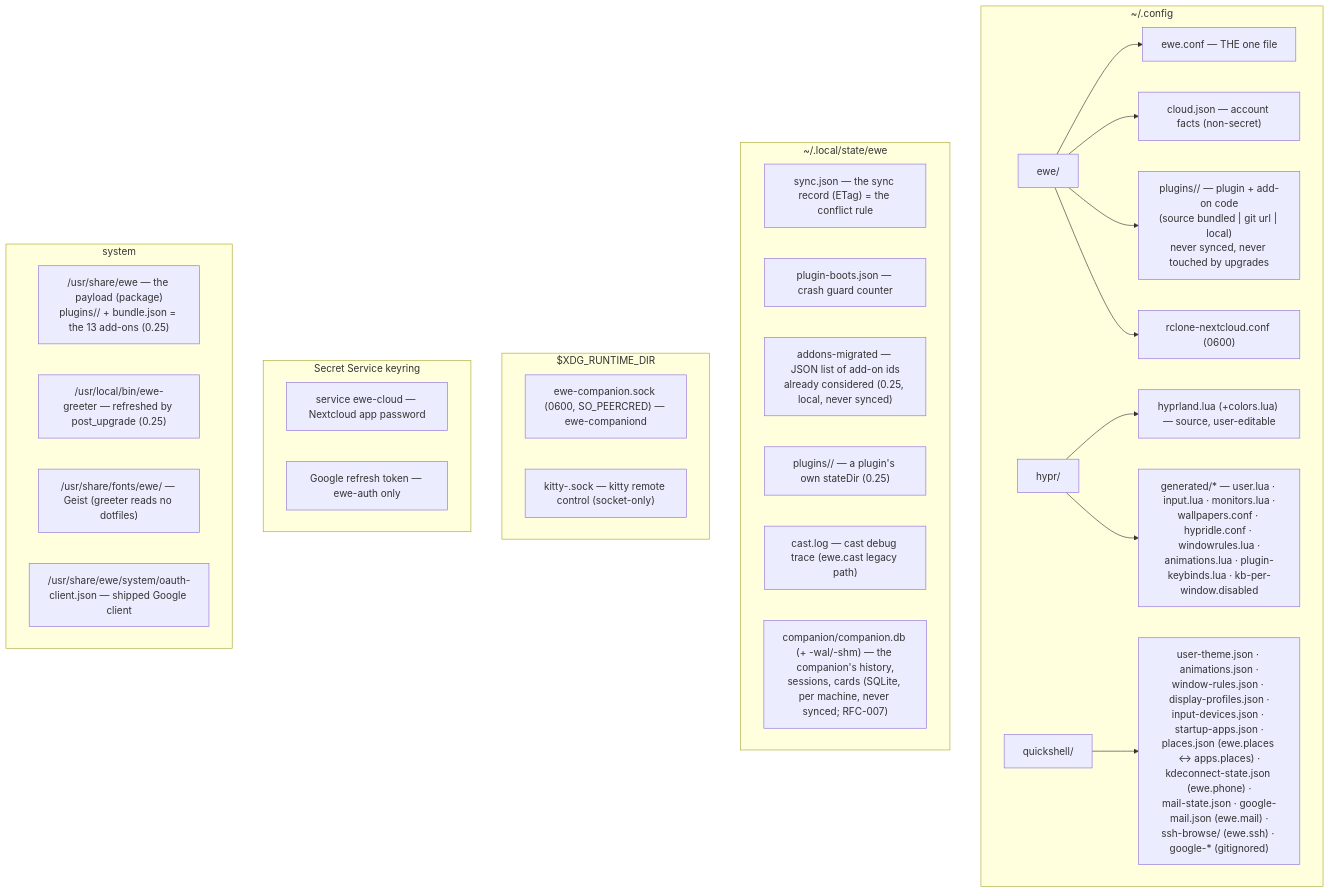
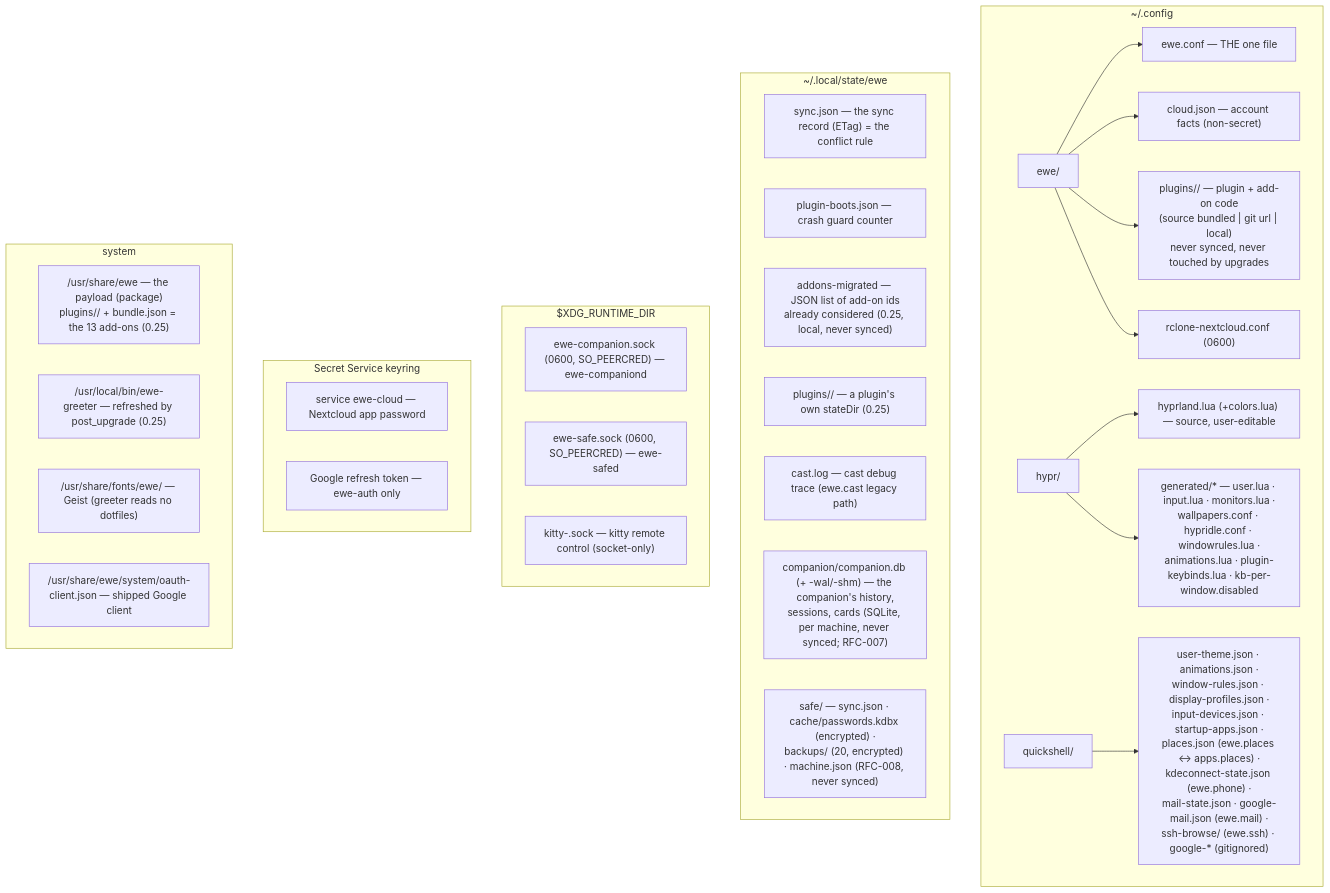
The diagram in 12-Reference/Storage Map.md (prj786/ewe-map), drawn with Mermaid before and after one commit. The commit also changed other lines of this file and 12 other files, not shown here.

````diff
--- a/12-Reference/Storage Map.md
+++ b/12-Reference/Storage Map.md
@@ -14,34 +14,36 @@
 ```mermaid
 flowchart TB
     subgraph CFG["~/.config"]
         EWE["ewe/"] --> CONF["ewe.conf — THE one file"]
         EWE --> CLOUD["cloud.json — account facts (non-secret)"]
         EWE --> PLUGS["plugins/<id>/ — plugin + add-on code<br/>(source bundled | git url | local)<br/>never synced, never touched by upgrades"]
         EWE --> RCLONE["rclone-nextcloud.conf (0600)"]
         HYPR["hypr/"] --> HYPRLUA["hyprland.lua (+colors.lua) — source, user-editable"]
         HYPR --> GEN["generated/* — user.lua · input.lua · monitors.lua ·<br/>wallpapers.conf · hypridle.conf · windowrules.lua ·<br/>animations.lua · plugin-keybinds.lua · kb-per-window.disabled"]
         QS["quickshell/"] --> QSJ["user-theme.json · animations.json ·<br/>window-rules.json · display-profiles.json ·<br/>input-devices.json · startup-apps.json ·<br/>places.json (ewe.places ↔ apps.places) ·<br/>kdeconnect-state.json (ewe.phone) ·<br/>mail-state.json · google-mail.json (ewe.mail) ·<br/>ssh-browse/ (ewe.ssh) · google-* (gitignored)"]
     end
     subgraph STATE["~/.local/state/ewe"]
         SYNC["sync.json — the sync record (ETag) = the conflict rule"]
         BOOTS["plugin-boots.json — crash guard counter"]
         MIGR["addons-migrated — JSON list of add-on ids<br/>already considered (0.25, local, never synced)"]
         PSTATE["plugins/<id>/ — a plugin's own stateDir (0.25)"]
         CAST["cast.log — cast debug trace (ewe.cast legacy path)"]
         COMP["companion/companion.db (+ -wal/-shm) — the companion's history,<br/>sessions, cards (SQLite, per machine, never synced; RFC-007)"]
+        SAFE["safe/ — sync.json · cache/passwords.kdbx (encrypted) ·<br/>backups/ (20, encrypted) · machine.json (RFC-008, never synced)"]
     end
     subgraph RUN["$XDG_RUNTIME_DIR"]
         CSOCK["ewe-companion.sock (0600, SO_PEERCRED) — ewe-companiond"]
+        SSOCK["ewe-safe.sock (0600, SO_PEERCRED) — ewe-safed"]
         KSOCK["kitty-<pid>.sock — kitty remote control (socket-only)"]
     end
     subgraph KEYRING["Secret Service keyring"]
         KC["service ewe-cloud — Nextcloud app password"]
         KG["Google refresh token — ewe-auth only"]
     end
     subgraph SYSTEM["system"]
         PAY["/usr/share/ewe — the payload (package)<br/>plugins/<id>/ + bundle.json = the 13 add-ons (0.25)"]
         GREET["/usr/local/bin/ewe-greeter — refreshed by post_upgrade (0.25)"]
         FONTS["/usr/share/fonts/ewe/ — Geist (greeter reads no dotfiles)"]
         OAUTH["/usr/share/ewe/system/oauth-client.json — shipped Google client"]
     end
 ```
````
